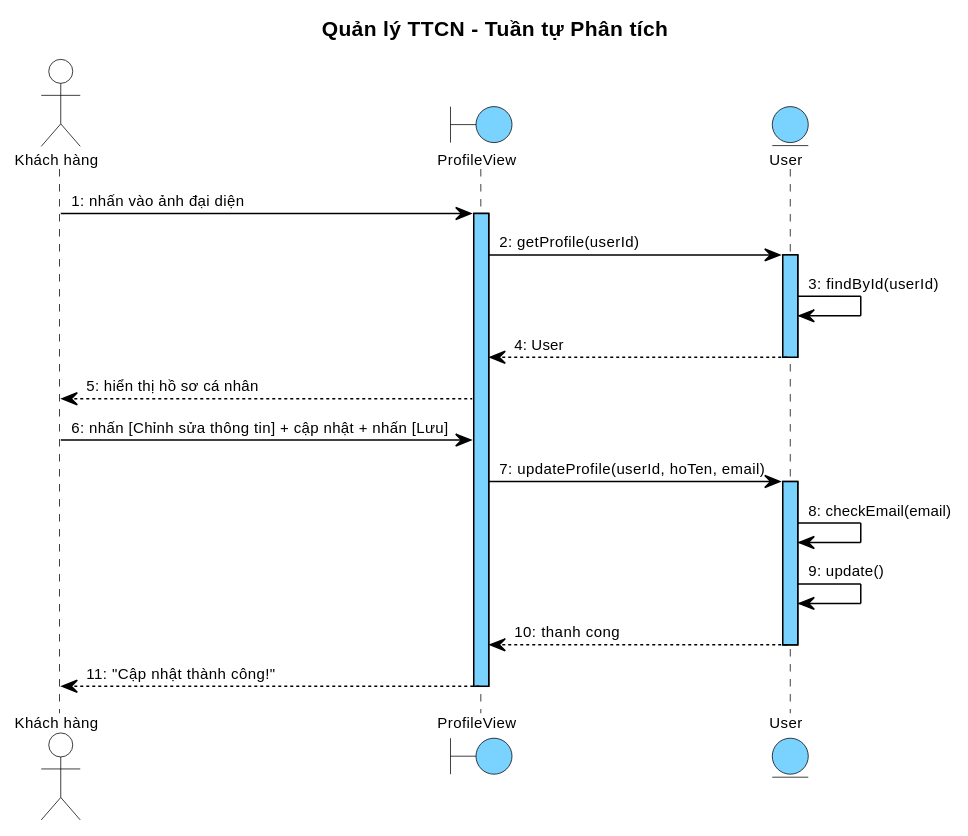
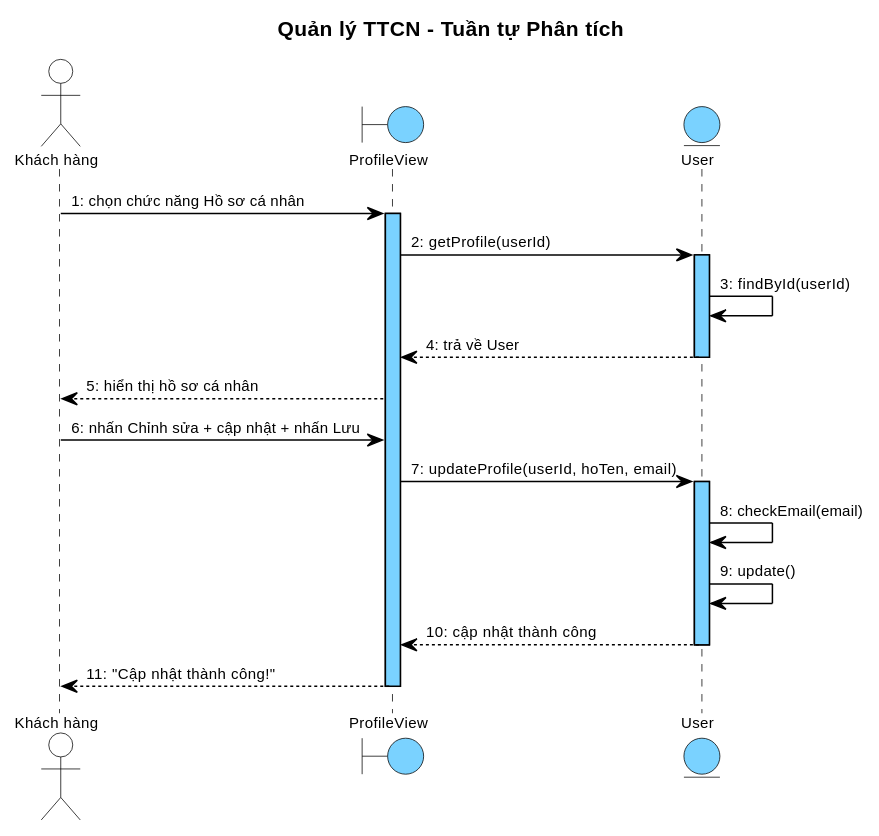
Before and after one commit to thanhtrnnn/cnpm: the sixth of 7 diagrams in docs/tabs/section-account-ii.md, drawn with PlantUML. The commit also changed other lines of this file and 17 other files, not shown here.

First line of the commit message:
feat: deep audit Pha I+II theo skill cnpm — Ngoại lệ, entity diagram, class diagram

````diff
--- a/docs/tabs/section-account-ii.md
+++ b/docs/tabs/section-account-ii.md
@@ -464,76 +650,76 @@
 ```plantuml
 @startuml
 skinparam shadowing false
 skinparam SequenceMessageAlign left
 
 skinparam SequenceLifeLineBackgroundColor #7AD2FF
 skinparam SequenceLifeLineBorderColor #000000
 
 <style>
 sequenceDiagram {
   Shadowing 0
   RoundCorner 0
   FontName "Arial"
   FontSize 10
   FontColor #000000
 
   participant {
     BackgroundColor #7AD2FF
     LineColor #000000
     LineThickness 1
   }
 
   actor {
     BackgroundColor transparent
     LineColor #000000
   }
   boundary {
     BackgroundColor #7AD2FF
     LineColor #000000
   }
   control {
     BackgroundColor #7AD2FF
     LineColor #000000
   }
   entity {
     BackgroundColor #7AD2FF
     LineColor #000000
   }
 
   lifeline {
     LineColor #000000
     LineStyle 5-5
   }
 
   arrow {
     LineColor #000000
     LineThickness 1
     FontSize 10
   }
 }
 </style>
 title Quản lý TTCN – Tuần tự Phân tích
 
 actor "Khách hàng" as KH
 boundary ProfileView as B1
 entity User as E1
 
-KH -> B1 : 1: nhấn vào ảnh đại diện
+KH -> B1 : 1: chọn chức năng Hồ sơ cá nhân
 activate B1
 B1 -> E1 : 2: getProfile(userId)
 activate E1
 E1 -> E1 : 3: findById(userId)
-E1 --> B1 : 4: User
+E1 --> B1 : 4: trả về User
 deactivate E1
 B1 --> KH : 5: hiển thị hồ sơ cá nhân
-KH -> B1 : 6: nhấn [Chỉnh sửa thông tin] + cập nhật + nhấn [Lưu]
+KH -> B1 : 6: nhấn Chỉnh sửa + cập nhật + nhấn Lưu
 B1 -> E1 : 7: updateProfile(userId, hoTen, email)
 activate E1
 E1 -> E1 : 8: checkEmail(email)
 E1 -> E1 : 9: update()
-E1 --> B1 : 10: thanh cong
+E1 --> B1 : 10: cập nhật thành công
 deactivate E1
 B1 --> KH : 11: "Cập nhật thành công!"
 deactivate B1
 @enduml
 ```
````
